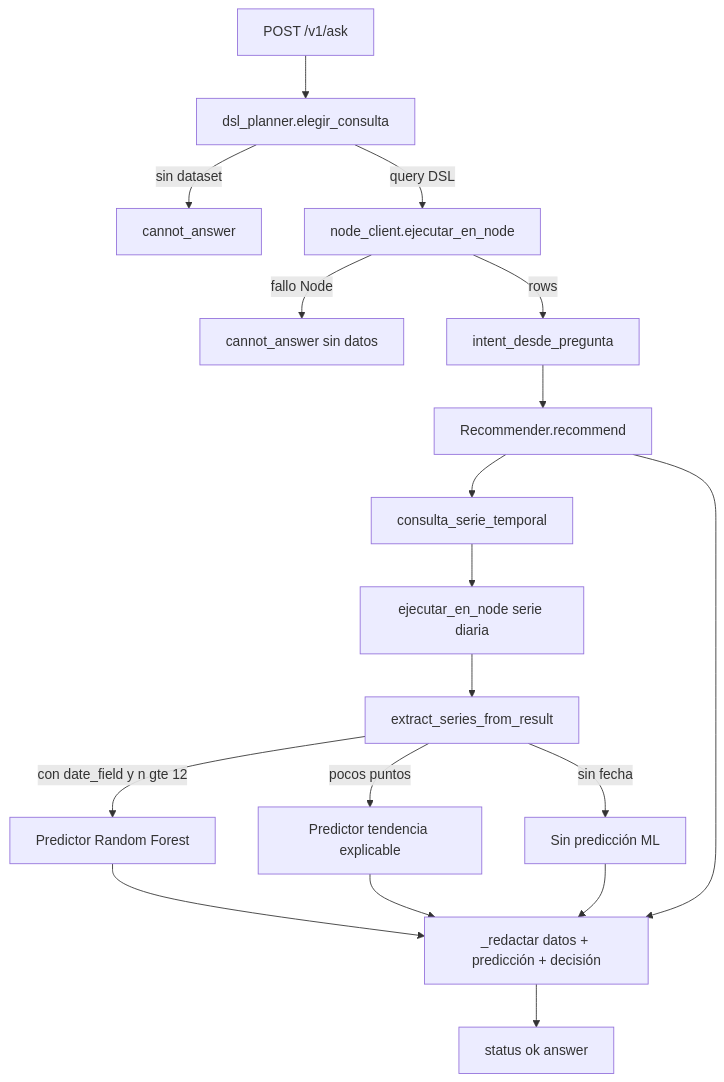
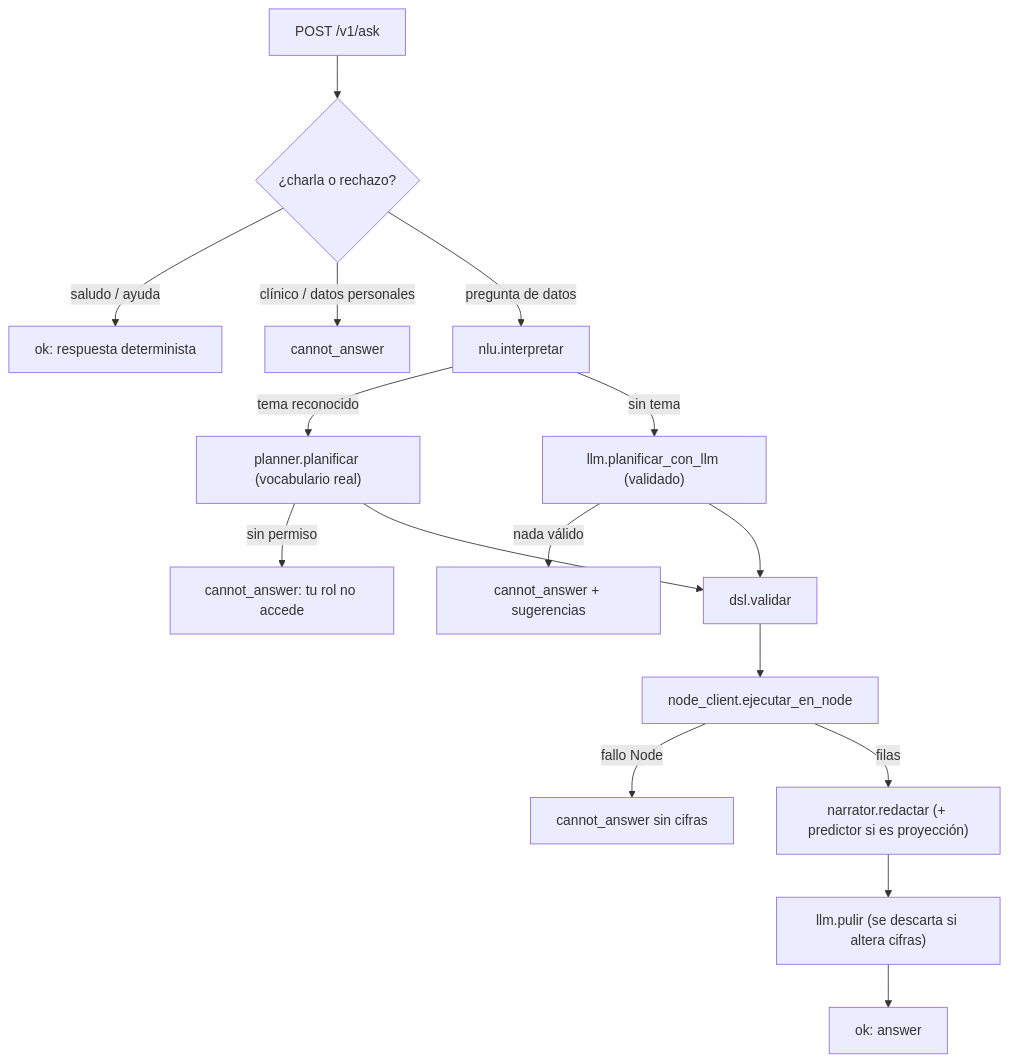
One commit to jainerchocue/Susana-AI changed the third of 3 diagrams in agent/DIAGRAMA_FLUJO.md. Above: the diagram before and after it, drawn with Mermaid. The commit also changed other lines of this file and 72 other files, not shown here.

````diff
--- a/agent/DIAGRAMA_FLUJO.md
+++ b/agent/DIAGRAMA_FLUJO.md
@@ -74,20 +70,18 @@
 ```mermaid
 flowchart TD
-    startAsk["POST /v1/ask"] --> planDSL["dsl_planner.elegir_consulta"]
-    planDSL -->|sin dataset| cannotAnswer["cannot_answer"]
-    planDSL -->|query DSL| execMain["node_client.ejecutar_en_node"]
-    execMain -->|fallo Node| cannotData["cannot_answer sin datos"]
-    execMain -->|rows| intentMap["intent_desde_pregunta"]
-    intentMap --> tips["Recommender.recommend"]
-    tips --> seriesQ["consulta_serie_temporal"]
-    seriesQ --> execSeries["ejecutar_en_node serie diaria"]
-    execSeries --> extract["extract_series_from_result"]
-    extract -->|con date_field y n gte 12| rf["Predictor Random Forest"]
-    extract -->|pocos puntos| trend["Predictor tendencia explicable"]
-    extract -->|sin fecha| skipPred["Sin predicción ML"]
-    rf --> redact["_redactar datos + predicción + decisión"]
-    trend --> redact
-    skipPred --> redact
-    tips --> redact
-    redact --> okAns["status ok answer"]
+    startAsk["POST /v1/ask"] --> charla{"¿charla o rechazo?"}
+    charla -->|saludo / ayuda| okCharla["ok: respuesta determinista"]
+    charla -->|clínico / datos personales| rechazo["cannot_answer"]
+    charla -->|pregunta de datos| nlu["nlu.interpretar"]
+    nlu -->|tema reconocido| plan["planner.planificar (vocabulario real)"]
+    nlu -->|sin tema| llmPlan["llm.planificar_con_llm (validado)"]
+    llmPlan -->|nada válido| noEntendida["cannot_answer + sugerencias"]
+    plan -->|sin permiso| sinPermiso["cannot_answer: tu rol no accede"]
+    plan --> valid["dsl.validar"]
+    llmPlan --> valid
+    valid --> exec["node_client.ejecutar_en_node"]
+    exec -->|fallo Node| sinDatos["cannot_answer sin cifras"]
+    exec -->|filas| narr["narrator.redactar (+ predictor si es proyección)"]
+    narr --> pulir["llm.pulir (se descarta si altera cifras)"]
+    pulir --> okAns["ok: answer"]
 ```
````
